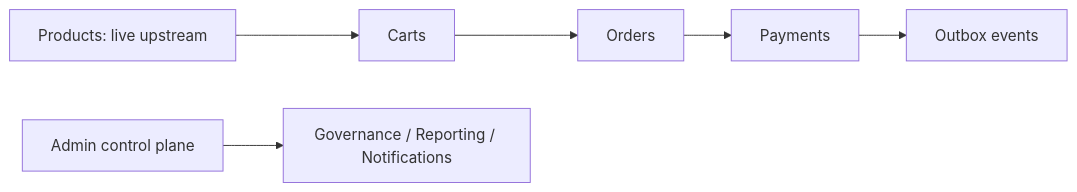
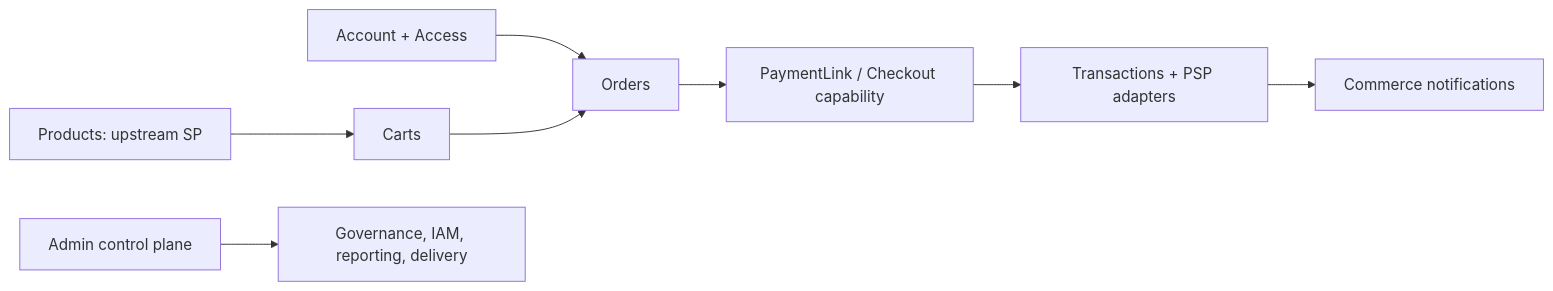
The diagram in docs/reference/platform-modules.md (metrodiesign/pol-core), drawn with Mermaid before and after one commit. The commit also changed other lines of this file and 15 other files, not shown here.

````diff
--- a/docs/reference/platform-modules.md
+++ b/docs/reference/platform-modules.md
@@ -10,8 +9,10 @@
 ```mermaid
 flowchart LR
-    P["Products: live upstream"] --> C["Carts"]
-    C --> O["Orders"]
-    O --> T["Payments"]
-    T --> X["Outbox events"]
-    A["Admin control plane"] --> G["Governance / Reporting / Notifications"]
+    P["Products: upstream SP"] --> C["Carts"]
+    I["Account + Access"] --> O["Orders"]
+    C --> O
+    O --> L["PaymentLink / Checkout capability"]
+    L --> T["Transactions + PSP adapters"]
+    T --> N["Commerce notifications"]
+    A["Admin control plane"] --> G["Governance, IAM, reporting, delivery"]
 ```
````
